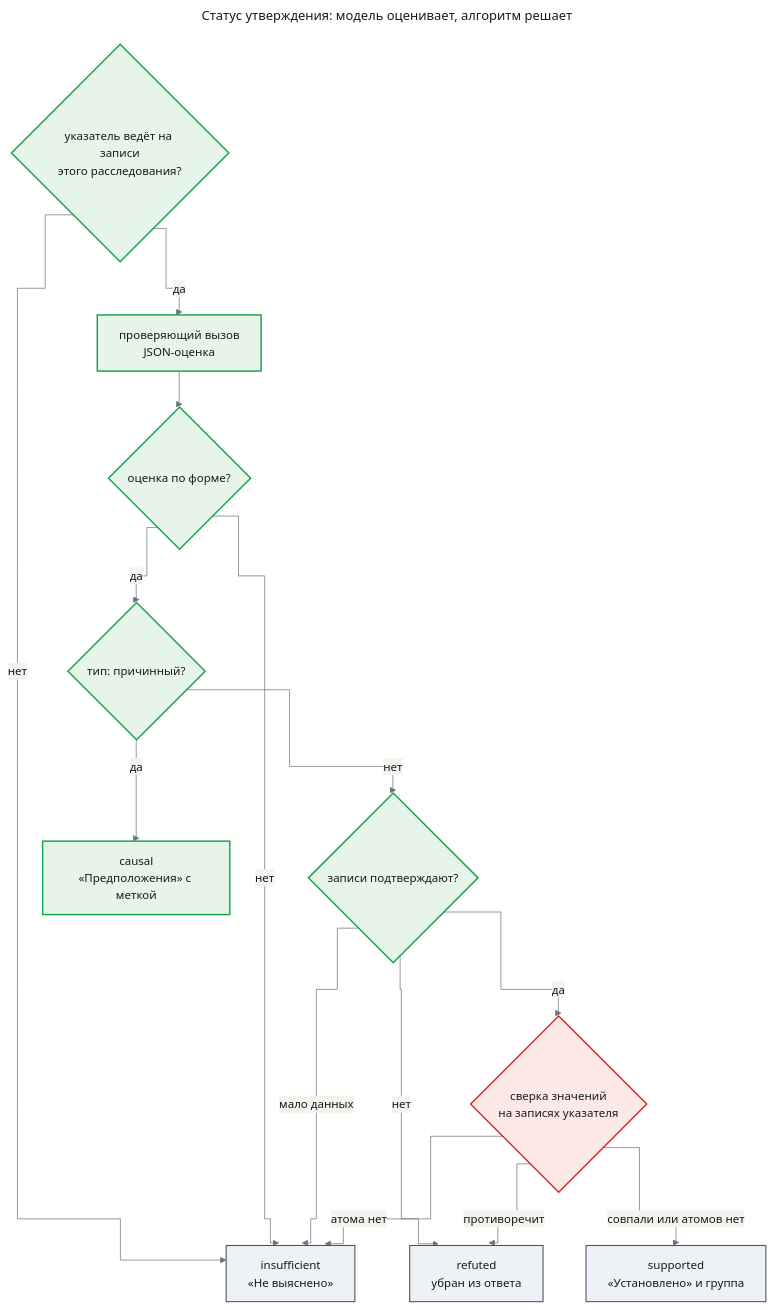
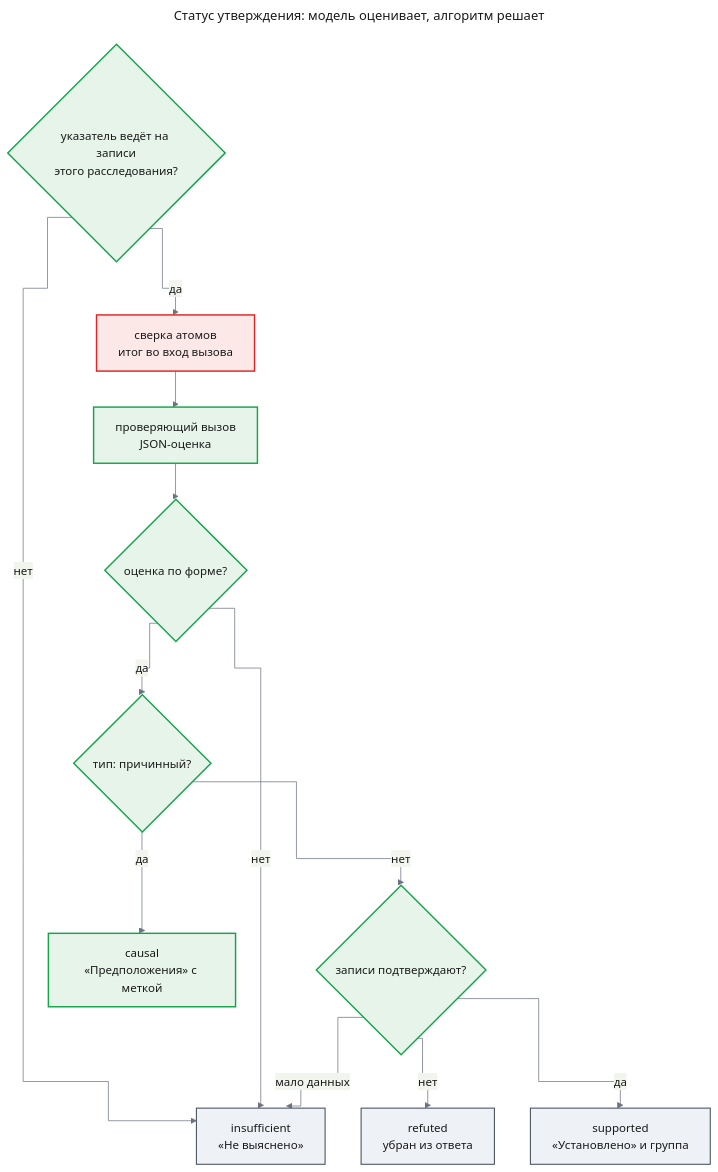
One commit to tundraray/agent-os changed the seventh of 21 diagrams in docs/features/agent-quality/design-engine.md. Above: the diagram before and after it, drawn with Mermaid. The commit also changed other lines of this file and 7 other files, not shown here.

````diff
--- a/docs/features/agent-quality/design-engine.md
+++ b/docs/features/agent-quality/design-engine.md
@@ -553,44 +603,41 @@
 ```mermaid
 ---
 title: "Статус утверждения: модель оценивает, алгоритм решает"
 config:
   theme: base
   look: classic
   themeVariables:
     primaryColor: "#eef1f5"
     primaryBorderColor: "#4b5563"
     primaryTextColor: "#1a1a1a"
     lineColor: "#6b7280"
   flowchart:
     curve: step
 ---
 flowchart TB
     q0{"указатель ведёт на записи<br/>этого расследования?"}
+    atm["сверка атомов<br/>итог во вход вызова"]
     chk["проверяющий вызов<br/>JSON-оценка"]
     q1{"оценка по форме?"}
     q2{"тип: причинный?"}
     q3{"записи подтверждают?"}
-    q4{"сверка значений<br/>на записях указателя"}
     est["supported<br/>«Установлено» и группа"]
     cau["causal<br/>«Предположения» с меткой"]
     ref["refuted<br/>убран из ответа"]
     ins["insufficient<br/>«Не выяснено»"]
     q0 -->|"нет"| ins
-    q0 -->|"да"| chk --> q1
+    q0 -->|"да"| atm --> chk --> q1
     q1 -->|"нет"| ins
     q1 -->|"да"| q2
     q2 -->|"да"| cau
     q2 -->|"нет"| q3
     q3 -->|"нет"| ref
     q3 -->|"мало данных"| ins
-    q3 -->|"да"| q4
-    q4 -->|"противоречит"| ref
-    q4 -->|"атома нет"| ins
-    q4 -->|"совпали или атомов нет"| est
+    q3 -->|"да"| est
     classDef new fill:#e6f4ea,stroke:#16a34a,stroke-width:2px,color:#1a1a1a
     classDef changed fill:#fde8e8,stroke:#dc2626,stroke-width:2px,color:#1a1a1a
     classDef unchanged fill:#eef1f5,stroke:#4b5563,stroke-width:1.5px,color:#1a1a1a
     class q0,chk,q1,q2,q3,cau new
-    class q4 changed
+    class atm changed
     class est,ref,ins unchanged
 ```
````
